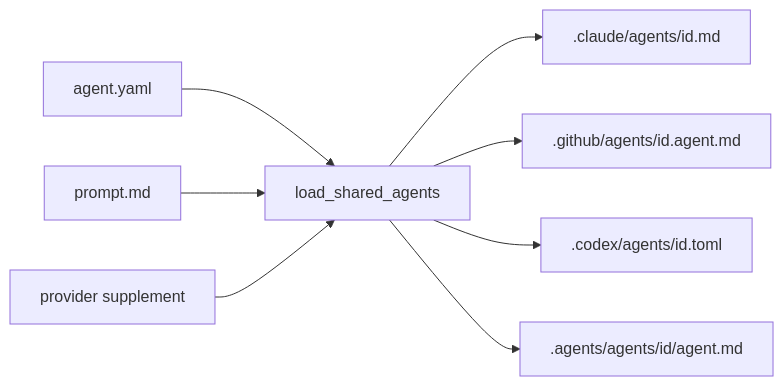
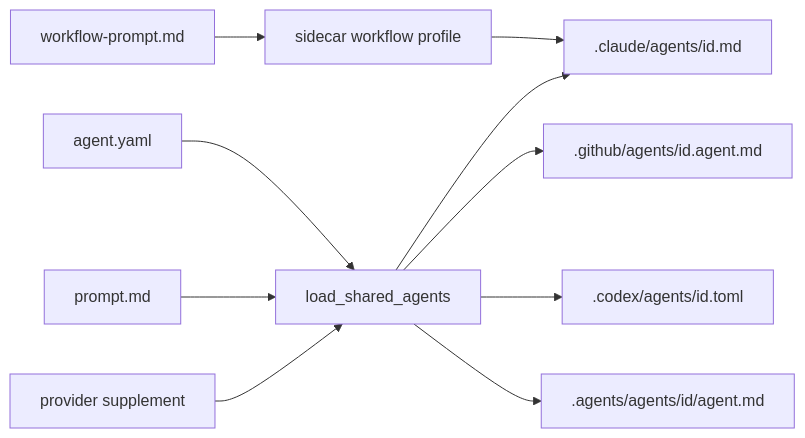
One commit to Ghisso/github_copilot_bootstrap changed the diagram in openwiki/architecture/agents-and-skills.md. Above: the diagram before and after it, drawn with Mermaid. The commit also changed other lines of this file and 19 other files, not shown here.

First line of the commit message:
docs(openwiki): refresh the knowledge layer for the sidecar workflow profile

````diff
--- a/openwiki/architecture/agents-and-skills.md
+++ b/openwiki/architecture/agents-and-skills.md
@@ -49,10 +51,12 @@
 ```mermaid
 flowchart LR
     Y[agent.yaml] --> L[load_shared_agents]
     P[prompt.md] --> L
     S[provider supplement] --> L
     L --> C[.claude/agents/id.md]
     L --> G[.github/agents/id.agent.md]
     L --> X[.codex/agents/id.toml]
     L --> A[.agents/agents/id/agent.md]
+    W[workflow-prompt.md] --> K[sidecar workflow profile]
+    K --> C
 ```
````
